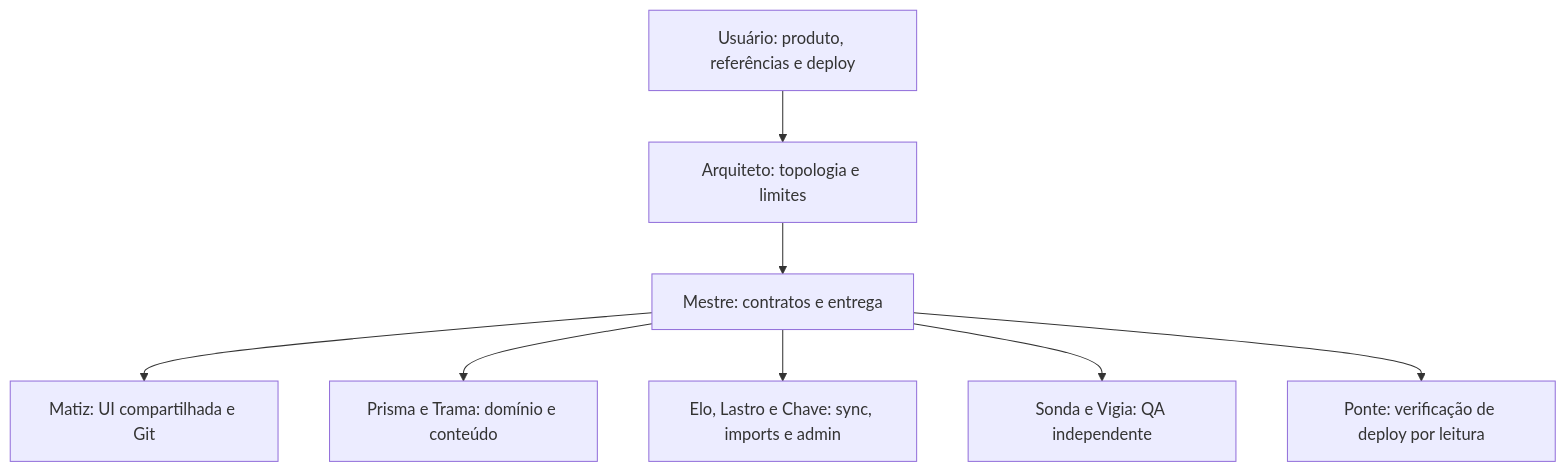
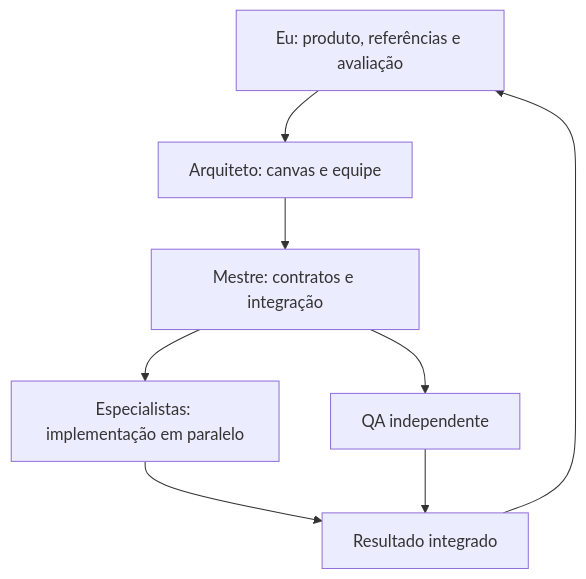
Before and after one commit to DavidsonGomes/nexus-cube: the diagram in docs/estudo-de-caso-maestri-codex.md, drawn with Mermaid. The commit also changed other lines of this file and 1 other file, not shown here.

Commit message:
docs: reconta experimento com canvas e resultado visual

````diff
--- a/docs/estudo-de-caso-maestri-codex.md
+++ b/docs/estudo-de-caso-maestri-codex.md
@@ -33,10 +21,10 @@
 ```mermaid
 flowchart TD
-  U[Usuário: produto, referências e deploy] --> A[Arquiteto: topologia e limites]
-  A --> M[Mestre: contratos e entrega]
-  M --> UI[Matiz: UI compartilhada e Git]
-  M --> D[Prisma e Trama: domínio e conteúdo]
-  M --> B[Elo, Lastro e Chave: sync, imports e admin]
-  M --> Q[Sonda e Vigia: QA independente]
-  M --> P[Ponte: verificação de deploy por leitura]
+  U[Eu: produto, referências e avaliação] --> A[Arquiteto: canvas e equipe]
+  A --> M[Mestre: contratos e integração]
+  M --> E[Especialistas: implementação em paralelo]
+  M --> Q[QA independente]
+  E --> R[Resultado integrado]
+  Q --> R
+  R --> U
 ```
````
